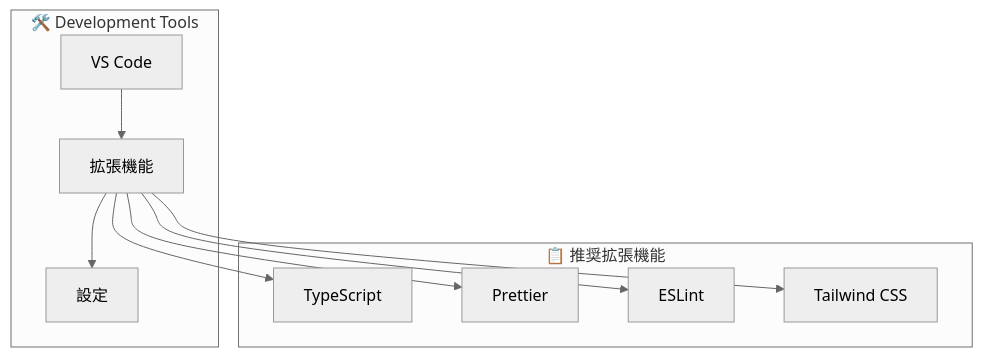
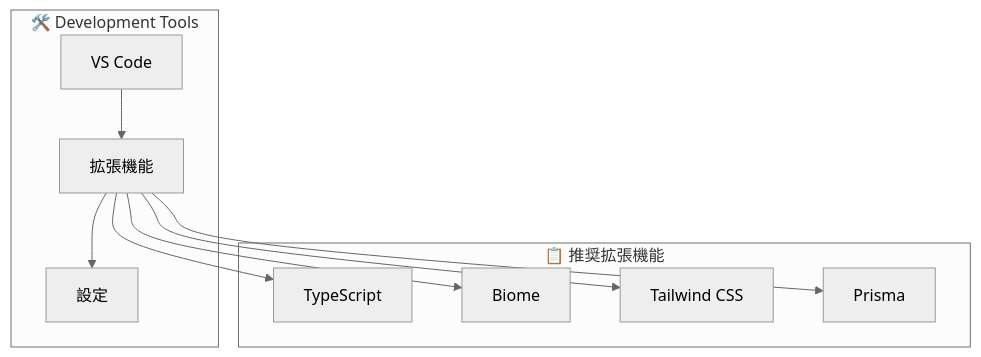
Before and after one commit to derushio/d-next-ddd-example: the fourth of 8 diagrams in _DOCS/guides/setup.md, drawn with Mermaid (neutral theme). The commit also changed other lines of this file and 102 other files, not shown here.

````diff
--- a/_DOCS/guides/setup.md
+++ b/_DOCS/guides/setup.md
@@ -136,23 +136,23 @@
 ```mermaid
 graph TB
     subgraph "🛠️ Development Tools"
         VSCODE[VS Code]
         EXTENSIONS[拡張機能]
         SETTINGS[設定]
     end
 
     subgraph "📋 推奨拡張機能"
         TS[TypeScript]
-        PRETTIER[Prettier]
-        ESLINT[ESLint]
+        BIOME[Biome]
         TAILWIND[Tailwind CSS]
+        PRISMA_EXT[Prisma]
     end
 
     VSCODE --> EXTENSIONS
     EXTENSIONS --> SETTINGS
 
     EXTENSIONS --> TS
-    EXTENSIONS --> PRETTIER
-    EXTENSIONS --> ESLINT
+    EXTENSIONS --> BIOME
     EXTENSIONS --> TAILWIND
+    EXTENSIONS --> PRISMA_EXT
 ```
````
